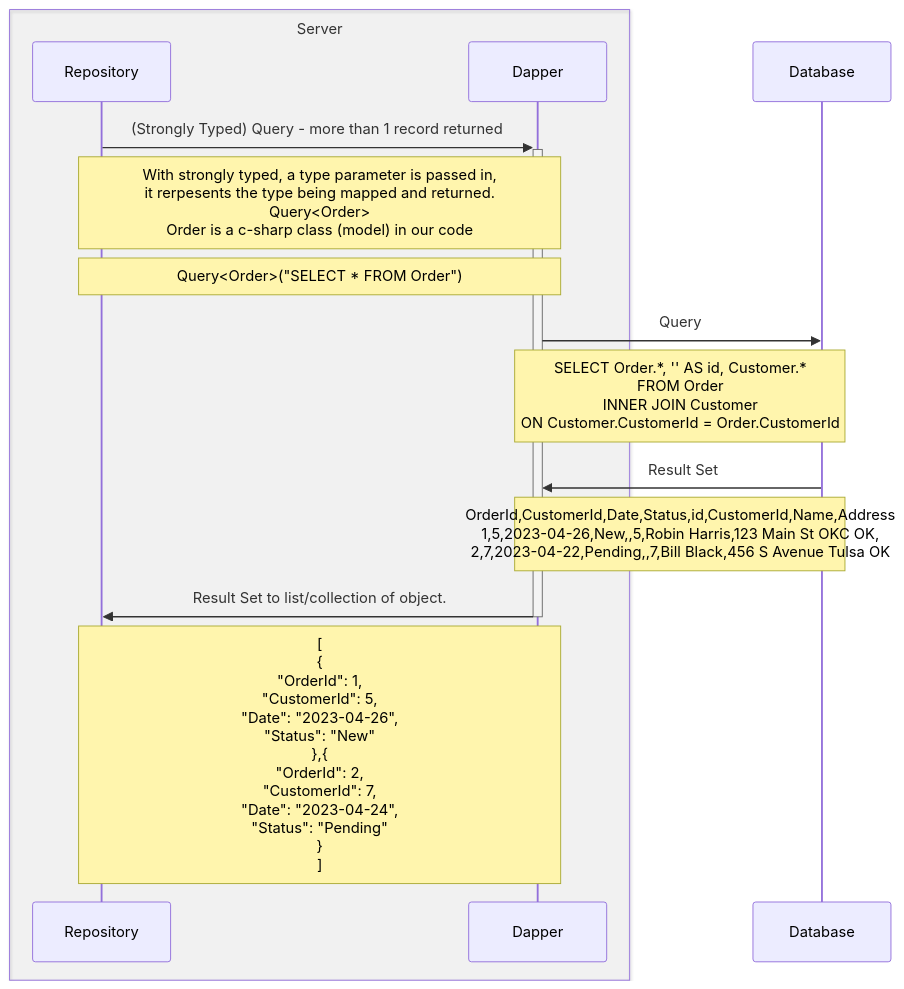
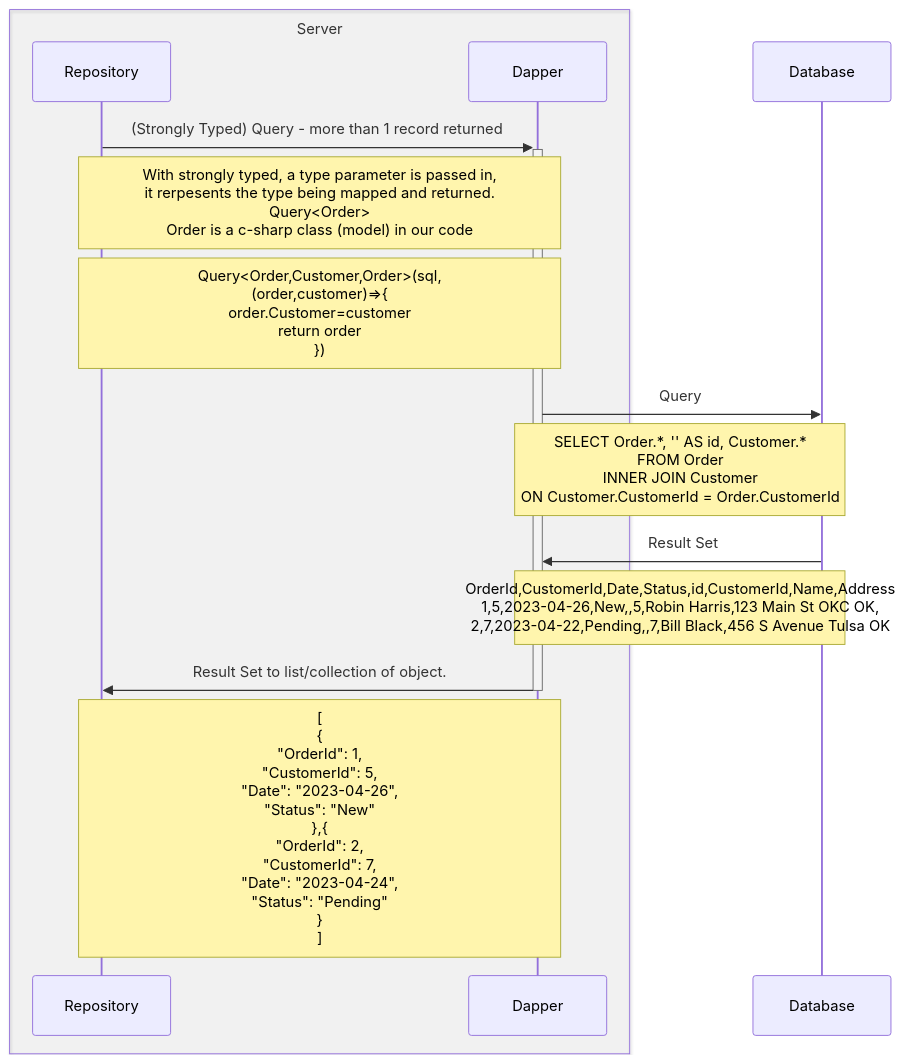
One commit to pauljeanquart/mermaid changed the fifth of 7 diagrams in dapper.md. Above: the diagram before and after it, drawn with Mermaid. The commit also changed other lines of this file, not shown here.

````diff
--- a/dapper.md
+++ b/dapper.md
@@ -92,18 +93,18 @@
 ```mermaid
 sequenceDiagram
 
 box rgba(60,60,60,.05) Server 
     participant Repository
     participant Dapper
 end
 participant Database
     Repository->>+Dapper: (Strongly Typed) Query - more than 1 record returned
         Note over Repository,Dapper: With strongly typed, a type parameter is passed in,<br> it rerpesents the type being mapped and returned.<br> Query<Order><br>Order is a c-sharp class (model) in our code
-        Note over Repository,Dapper: Query<Order>("SELECT * FROM Order")
+        Note over Repository,Dapper: Query<Order,Customer,Order>(sql, <br>(order,customer)=>{<br>order.Customer=customer<br>return order<br>})
         Dapper->>Database: Query
           Note over Dapper,Database: SELECT Order.*, '' AS id, Customer.*<br>FROM Order<br>INNER JOIN Customer<br>ON Customer.CustomerId = Order.CustomerId;
         Database->>Dapper: Result Set
           Note over Dapper,Database: OrderId,CustomerId,Date,Status,id,CustomerId,Name,Address<br>1,5,2023-04-26,New,,5,Robin Harris,123 Main St OKC OK,<br>2,7,2023-04-22,Pending,,7,Bill Black,456 S Avenue Tulsa OK
     Dapper->>-Repository: Result Set to list/collection of object.
       Note over Dapper,Repository: [<br> {<br>"OrderId": 1,<br>"CustomerId": 5,<br>"Date": "2023-04-26",<br>"Status": "New"<br>},{<br>"OrderId": 2,<br>"CustomerId": 7,<br>"Date": "2023-04-24",<br>"Status": "Pending"<br>}<br>]
 ```
````
